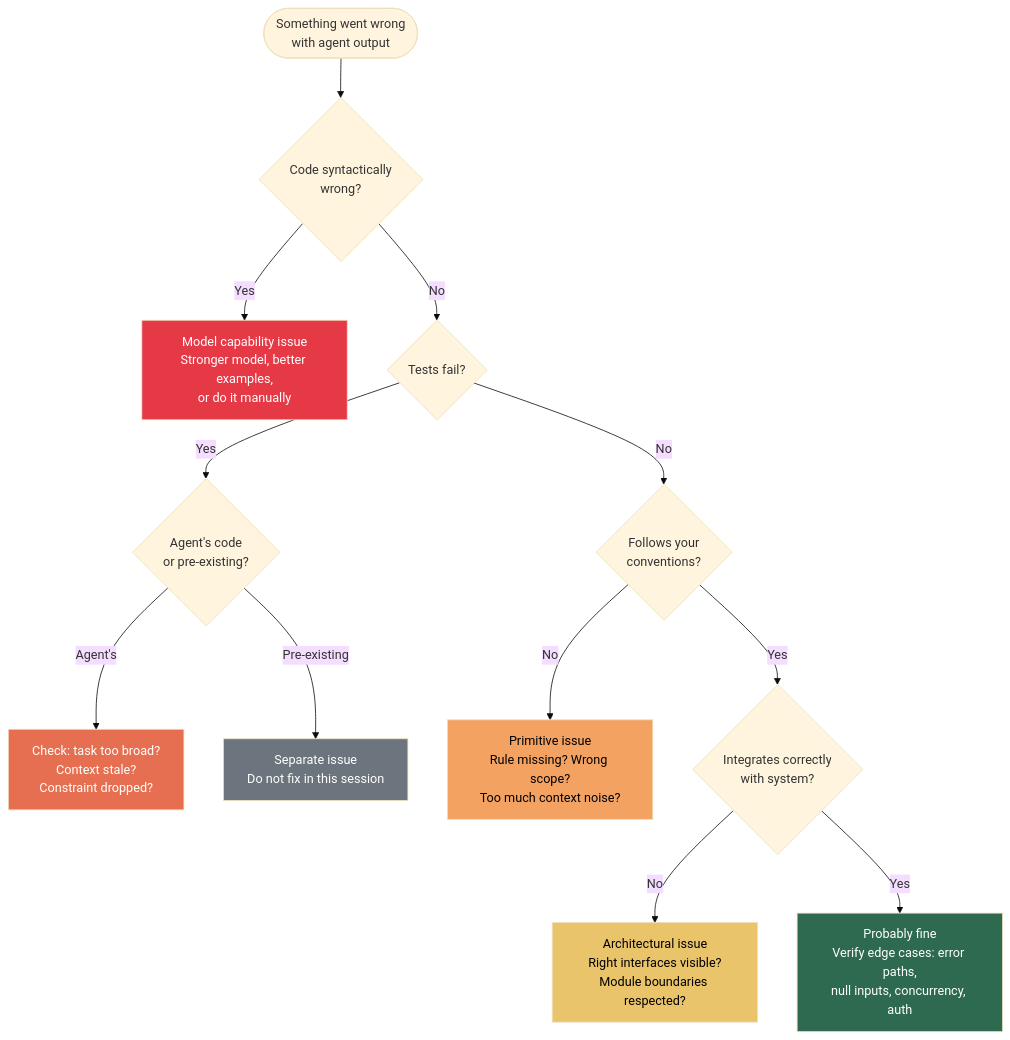
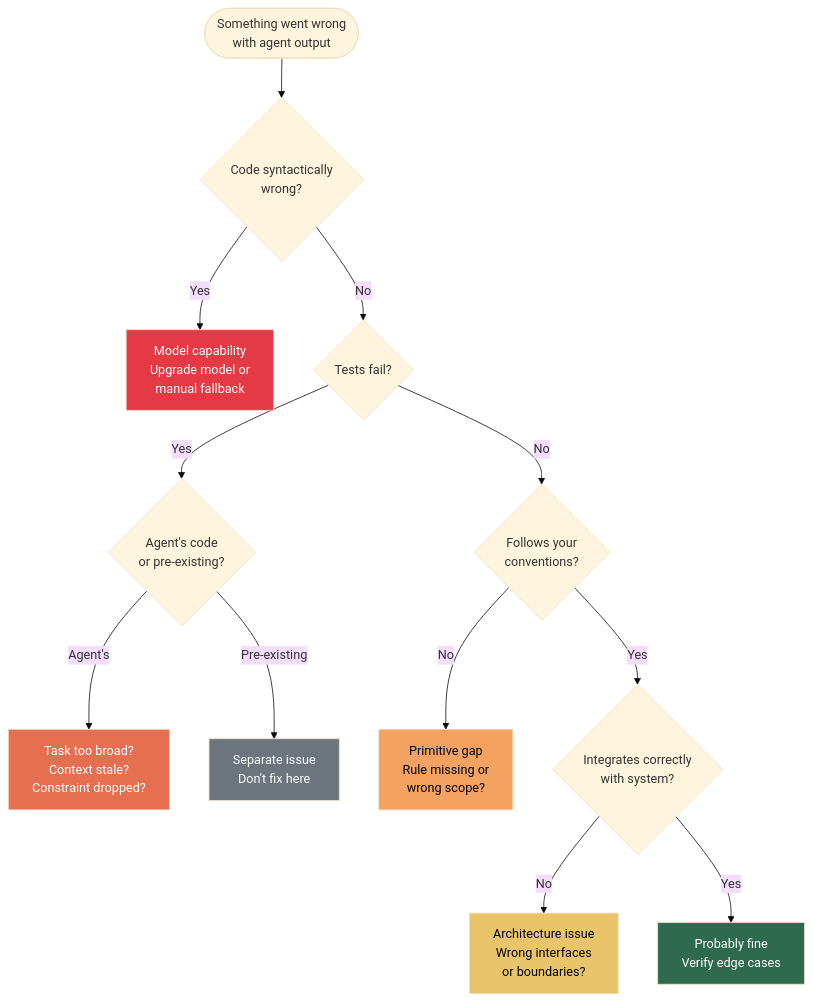
Before and after one commit to danielmeppiel/agentic-sdlc-handbook: the diagram in handbook/ch14-anti-patterns-and-failure-modes.qmd, drawn with Mermaid (base theme). The commit also changed 9 other files, not shown here.

First line of the commit message:
fix: comprehensive PDF rendering — ASCII→diagrams, bold fix, fig-width caps, case studies

````diff
--- a/handbook/ch14-anti-patterns-and-failure-modes.qmd
+++ b/handbook/ch14-anti-patterns-and-failure-modes.qmd
@@ -448,27 +448,27 @@
 ```{mermaid}
-%%| fig-width: 8.5
+%%| fig-width: 7.0
 flowchart TD
     START(["Something went wrong<br/>with agent output"]) --> Q1{Code syntactically<br/>wrong?}
 
-    Q1 -- Yes --> FIX1["Model capability issue<br/>Stronger model, better examples,<br/>or do it manually"]
+    Q1 -- Yes --> FIX1["Model capability<br/>Upgrade model or<br/>manual fallback"]
     Q1 -- No --> Q2{Tests fail?}
 
     Q2 -- Yes --> Q2a{Agent's code<br/>or pre-existing?}
-    Q2a -- "Agent's" --> FIX2["Check: task too broad?<br/>Context stale?<br/>Constraint dropped?"]
-    Q2a -- Pre-existing --> FIX2b["Separate issue<br/>Do not fix in this session"]
+    Q2a -- "Agent's" --> FIX2["Task too broad?<br/>Context stale?<br/>Constraint dropped?"]
+    Q2a -- Pre-existing --> FIX2b["Separate issue<br/>Don't fix here"]
 
     Q2 -- No --> Q3{Follows your<br/>conventions?}
 
-    Q3 -- No --> FIX3["Primitive issue<br/>Rule missing? Wrong scope?<br/>Too much context noise?"]
+    Q3 -- No --> FIX3["Primitive gap<br/>Rule missing or<br/>wrong scope?"]
     Q3 -- Yes --> Q4{Integrates correctly<br/>with system?}
 
-    Q4 -- No --> FIX4["Architectural issue<br/>Right interfaces visible?<br/>Module boundaries respected?"]
-    Q4 -- Yes --> FIX5["Probably fine<br/>Verify edge cases: error paths,<br/>null inputs, concurrency, auth"]
+    Q4 -- No --> FIX4["Architecture issue<br/>Wrong interfaces<br/>or boundaries?"]
+    Q4 -- Yes --> FIX5["Probably fine<br/>Verify edge cases"]
 
     style FIX1 fill:#e63946,color:#fff
     style FIX2 fill:#e76f51,color:#fff
     style FIX3 fill:#f4a261,color:#000
     style FIX4 fill:#e9c46a,color:#000
     style FIX5 fill:#2d6a4f,color:#fff
     style FIX2b fill:#6c757d,color:#fff
 ```
````
